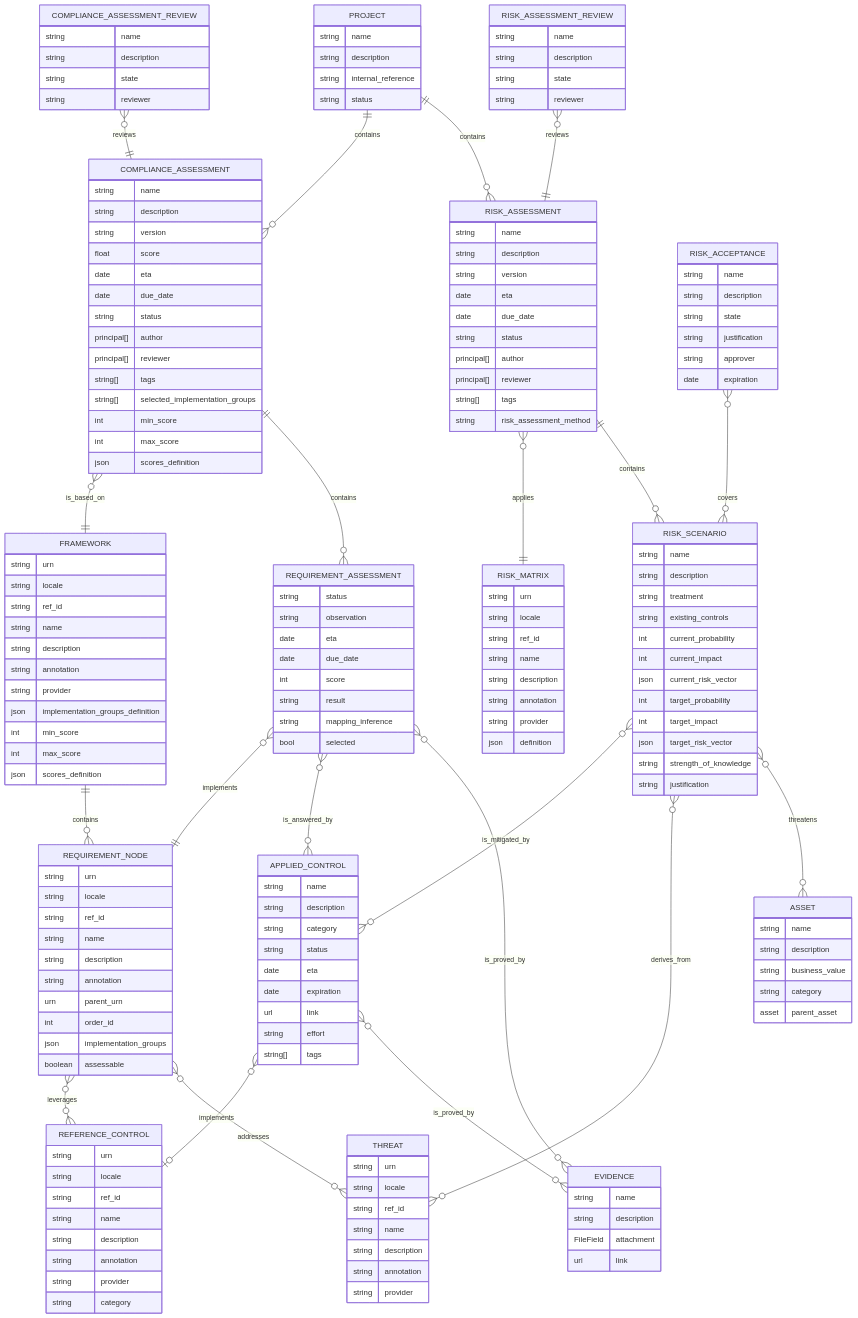
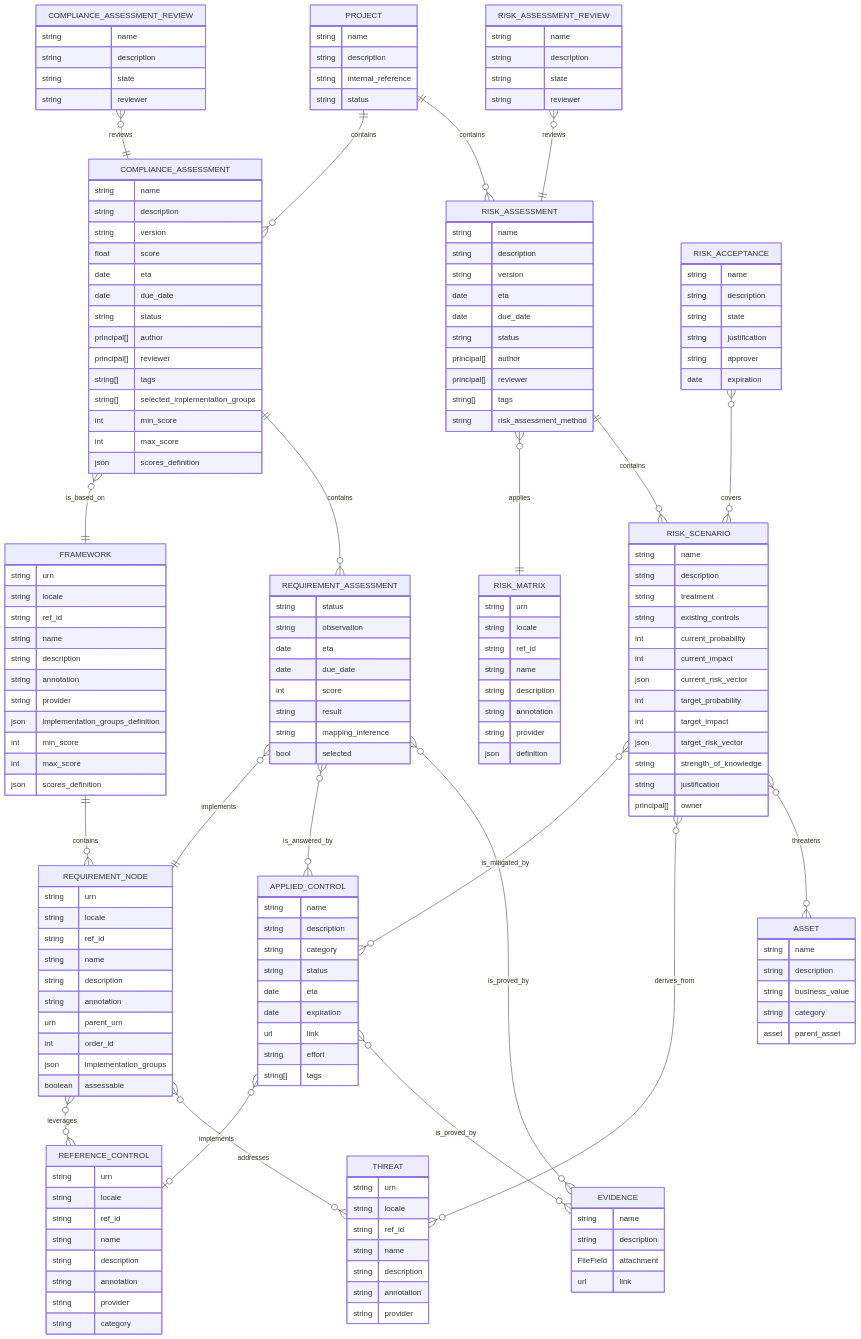
The fourth of 7 diagrams in documentation/architecture/data-model.md (intuitem/ciso-assistant-community), drawn with Mermaid before and after one commit. The commit also changed other lines of this file and 7 other files, not shown here.

```diff
--- a/documentation/architecture/data-model.md
+++ b/documentation/architecture/data-model.md
@@ -269,6 +269,8 @@
         json   target_risk_vector
         string strength_of_knowledge
         string justification
+
+        principal[] owner
     }
 
     RISK_ACCEPTANCE {
```
